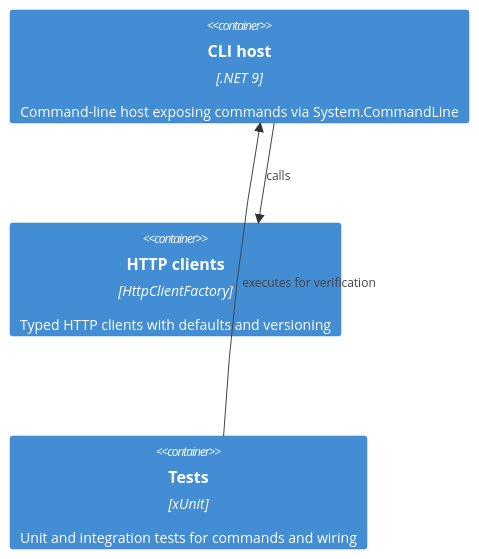
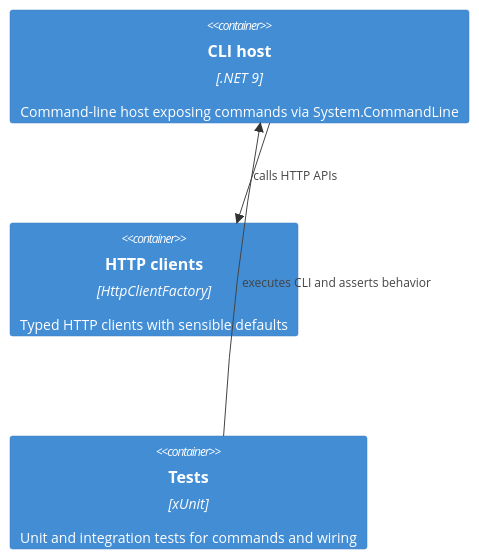
The diagram in docs/STRUCTURE.md (AIDDbot/ArchetypeCSharpCLI), drawn with Mermaid before and after one commit. The commit also changed other lines of this file, not shown here.

````diff
--- a/docs/STRUCTURE.md
+++ b/docs/STRUCTURE.md
@@ -69,8 +62,8 @@
 ```mermaid
 C4Component
 Container(cli, "CLI host", ".NET 9", "Command-line host exposing commands via System.CommandLine")
-Container(http, "HTTP clients", "HttpClientFactory", "Typed HTTP clients with defaults and versioning")
+Container(http, "HTTP clients", "HttpClientFactory", "Typed HTTP clients with sensible defaults")
 Container(tests, "Tests", "xUnit", "Unit and integration tests for commands and wiring")
-Rel(cli, http, "calls")
-Rel(tests, cli, "executes for verification")
+Rel(cli, http, "calls HTTP APIs")
+Rel(tests, cli, "executes CLI and asserts behavior")
 ```
````
